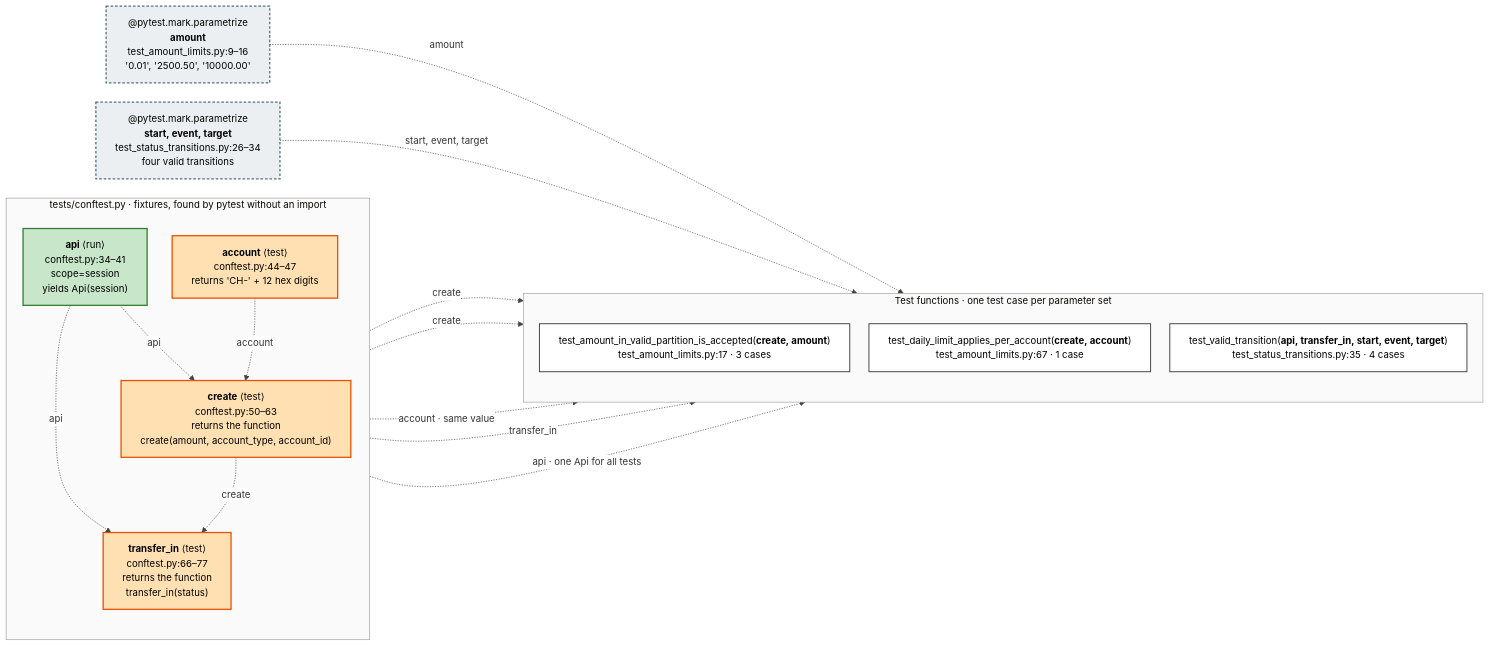
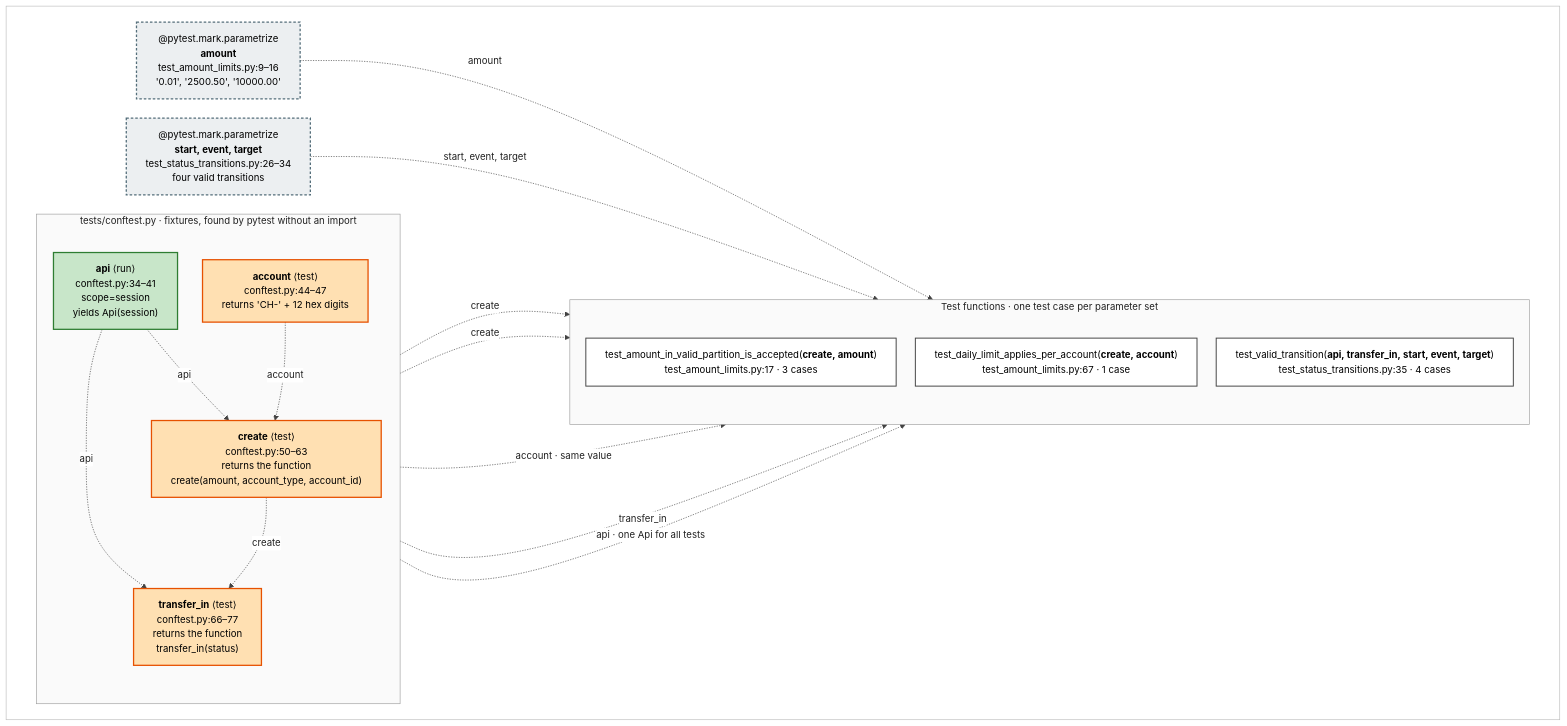
Before and after one commit to tiavelum/test-automation-demo: the fourth of 4 diagrams in docs/how-the-tests-work.md, drawn with Mermaid. The commit also changed other lines of this file, not shown here.

First line of the commit message:
docs: redraw the diagrams of how the tests work for readability

````diff
--- a/docs/how-the-tests-work.md
+++ b/docs/how-the-tests-work.md
@@ -237,66 +282,71 @@
 ```mermaid
-%%{init: {"theme": "base", "markdownAutoWrap": false, "flowchart": {"wrappingWidth": 400, "curve": "basis", "nodeSpacing": 30, "rankSpacing": 70}, "themeVariables": {"fontSize": "15px", "lineColor": "#424242", "edgeLabelBackground": "#FFFFFF"}}}%%
+%%{init: {"theme": "base", "markdownAutoWrap": false, "flowchart": {"wrappingWidth": 400, "curve": "basis", "nodeSpacing": 30, "rankSpacing": 70}, "themeVariables": {"darkMode": false, "background": "#FFFFFF", "fontSize": "15px", "textColor": "#212121", "titleColor": "#212121", "primaryTextColor": "#212121", "secondaryTextColor": "#212121", "tertiaryTextColor": "#212121", "nodeTextColor": "#212121", "lineColor": "#424242", "edgeLabelBackground": "#FFFFFF", "clusterBkg": "#FAFAFA", "clusterBorder": "#9E9E9E"}}}%%
 flowchart LR
+  subgraph ALL[" "]
+  direction LR
   classDef run fill:#C8E6C9,stroke:#2E7D32,stroke-width:2px,color:#000
   classDef test fill:#FFE0B2,stroke:#E65100,stroke-width:2px,color:#000
   classDef data fill:#ECEFF1,stroke:#546E7A,stroke-width:2px,color:#000,stroke-dasharray:4 3
   classDef fn fill:#FFFFFF,stroke:#424242,stroke-width:1.5px,color:#000
 
   subgraph CF["tests/conftest.py · fixtures, found by pytest without an import"]
     direction TB
     API["`**api** ⟨run⟩
     conftest.py:34–41
     scope=session
     yields Api(session)`"]
     ACC["`**account** ⟨test⟩
     conftest.py:44–47
     returns 'CH-' + 12 hex digits`"]
     CRE["`**create** ⟨test⟩
     conftest.py:50–63
     returns the function
     create(amount, account_type, account_id)`"]
     TIN["`**transfer_in** ⟨test⟩
     conftest.py:66–77
     returns the function
     transfer_in(status)`"]
   end
 
     PA["`@pytest.mark.parametrize
     **amount**
     test_amount_limits.py:9–16
     '0.01', '2500.50', '10000.00'`"]
     PS["`@pytest.mark.parametrize
     **start, event, target**
     test_status_transitions.py:26–34
     four valid transitions`"]
 
   subgraph TS["Test functions · one test case per parameter set"]
     direction TB
     T1["`test_amount_in_valid_partition_is_accepted(**create, amount**)
     test_amount_limits.py:17 · 3 cases`"]
     T2["`test_daily_limit_applies_per_account(**create, account**)
     test_amount_limits.py:67 · 1 case`"]
     T3["`test_valid_transition(**api, transfer_in, start, event, target**)
     test_status_transitions.py:35 · 4 cases`"]
   end
 
+  end
+
   API -. "api" .-> CRE
   ACC -. "account" .-> CRE
   API -. "api" .-> TIN
   CRE -. "create" .-> TIN
 
   CRE -. "create" .-> T1
   PA -. "amount" .-> T1
   CRE -. "create" .-> T2
   ACC -. "account · same value" .-> T2
   PS -. "start, event, target" .-> T3
   TIN -. "transfer_in" .-> T3
   API -. "api · one Api for all tests" .-> T3
 
   class API run
   class ACC,CRE,TIN test
   class PA,PS data
   class T1,T2,T3 fn
-  style CF fill:#FAFAFA,stroke:#9E9E9E
-  style TS fill:#FAFAFA,stroke:#9E9E9E
+  style ALL fill:#FFFFFF,stroke:#BDBDBD
+  style CF fill:#FAFAFA,stroke:#9E9E9E,color:#212121
+  style TS fill:#FAFAFA,stroke:#9E9E9E,color:#212121
 ```
````
